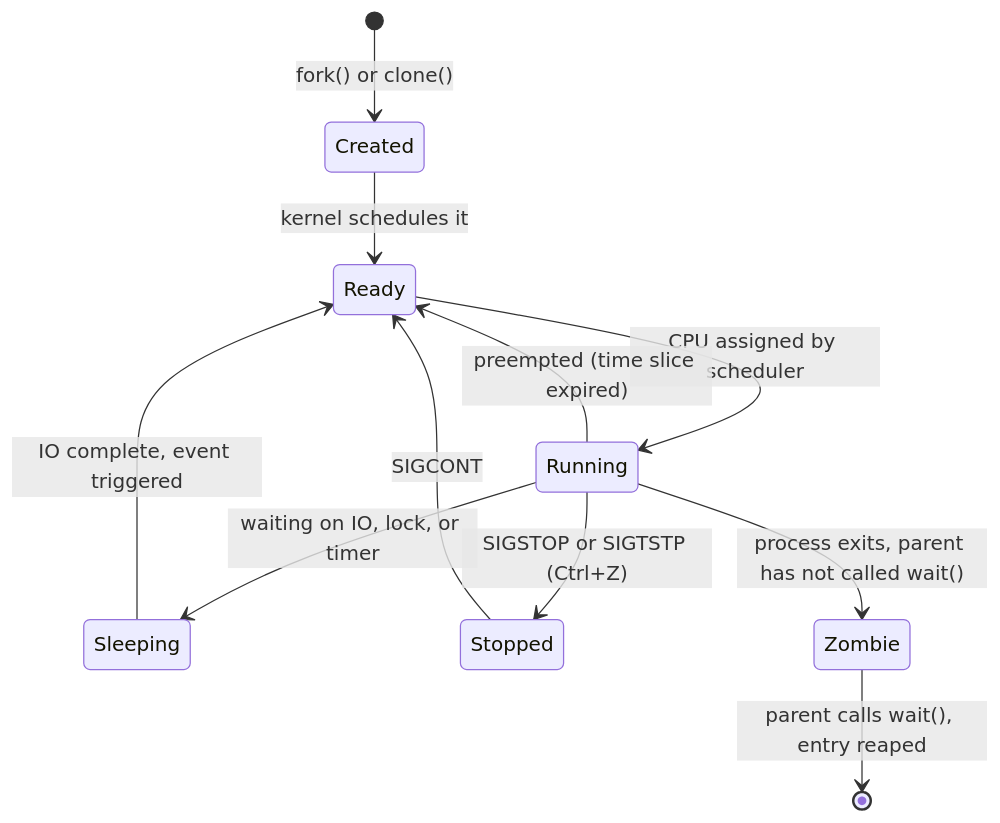
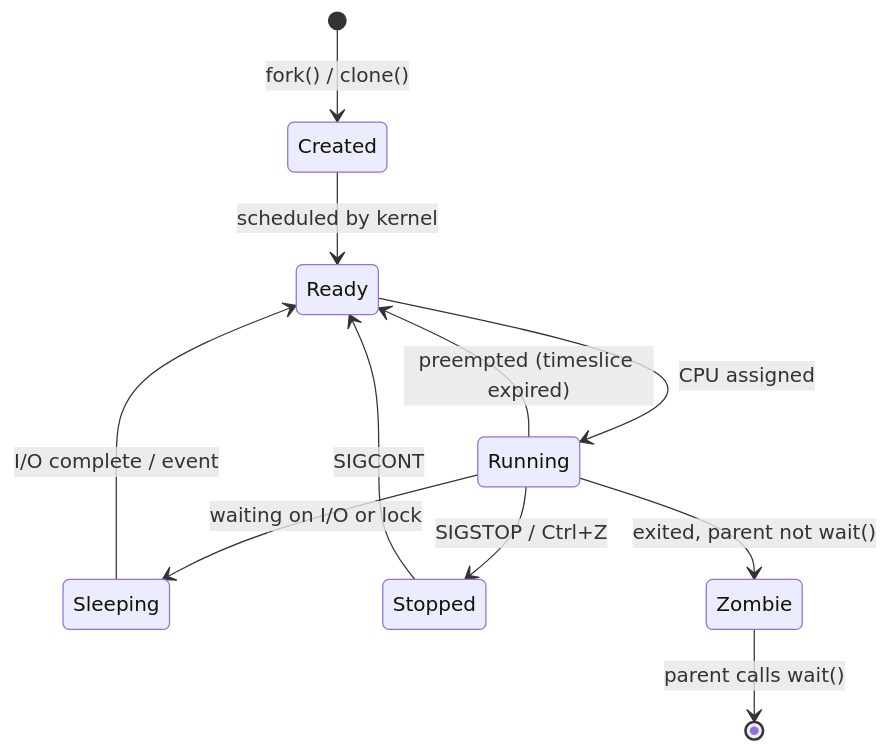
One commit to deepanshu-rawat6/tour-of-go changed the second of 9 diagrams in devops/linux/README.md. Above: the diagram before and after it, drawn with Mermaid.

Commit message:
feat: fixed Linux graph

````diff
--- a/devops/linux/README.md
+++ b/devops/linux/README.md
@@ -58,13 +58,13 @@
 ```mermaid
 stateDiagram-v2
-    [*] --> Created: fork() or clone()
-    Created --> Ready: kernel schedules it
-    Ready --> Running: CPU assigned by scheduler
-    Running --> Ready: preempted (time slice expired)
-    Running --> Sleeping: waiting on IO, lock, or timer
-    Sleeping --> Ready: IO complete, event triggered
-    Running --> Stopped: SIGSTOP or SIGTSTP (Ctrl+Z)
-    Stopped --> Ready: SIGCONT
-    Running --> Zombie: process exits, parent has not called wait()
-    Zombie --> [*]: parent calls wait(), entry reaped
+    [*] --> Created : fork() / clone()
+    Created --> Ready : scheduled by kernel
+    Ready --> Running : CPU assigned
+    Running --> Ready : preempted (timeslice expired)
+    Running --> Sleeping : waiting on I/O or lock
+    Sleeping --> Ready : I/O complete / event
+    Running --> Stopped : SIGSTOP / Ctrl+Z
+    Stopped --> Ready : SIGCONT
+    Running --> Zombie : exited, parent not wait()
+    Zombie --> [*] : parent calls wait()
 ```
````
